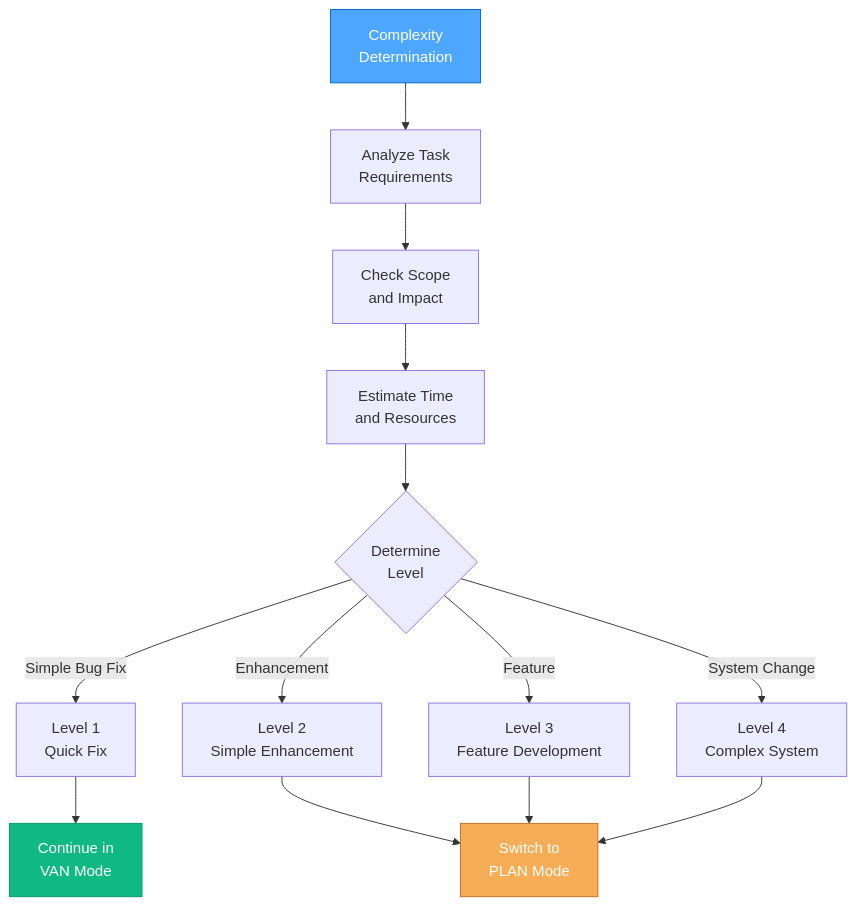
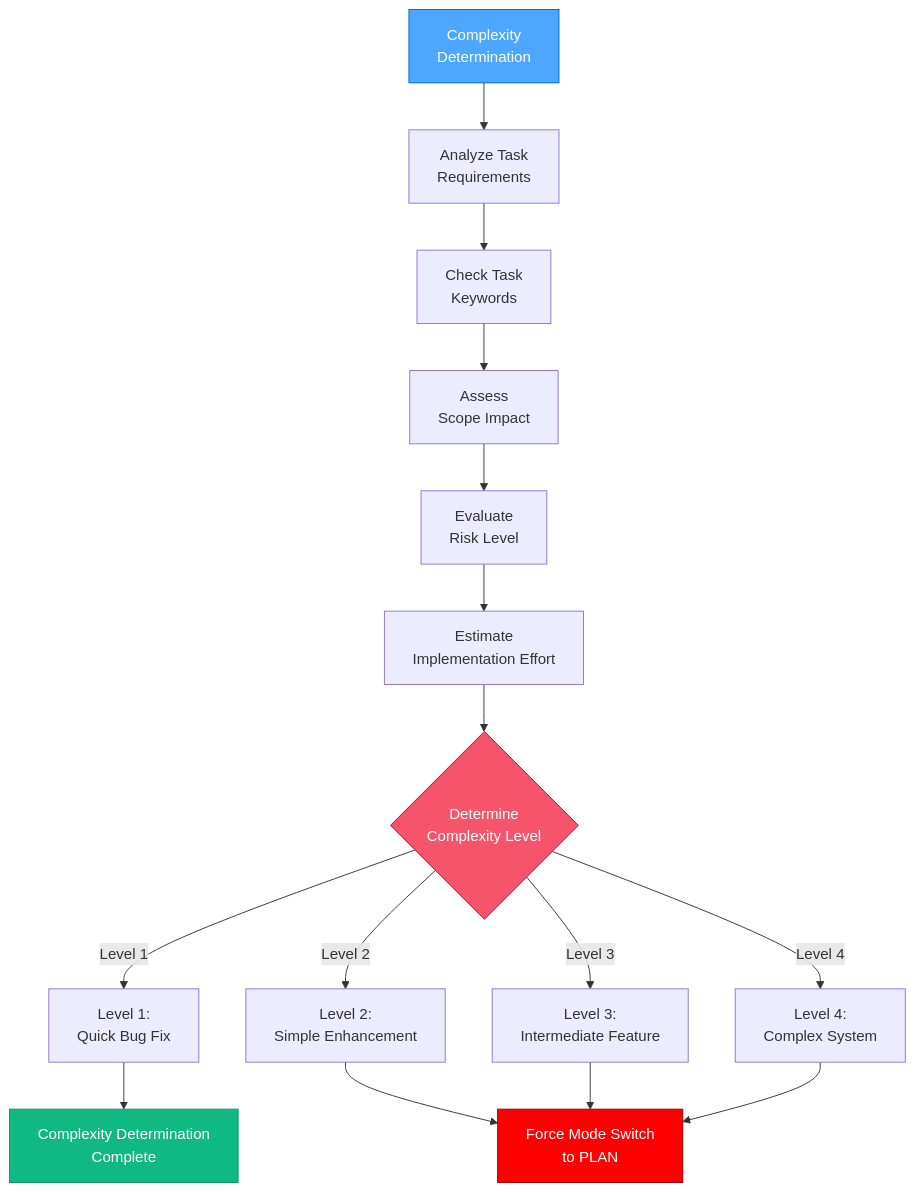
The fourth of 13 diagrams in .cursor/rules/isolation_rules/visual-maps/van_mode_split/van-mode-map.mdc (ms-moar/cursor-tools), drawn with Mermaid before and after one commit. The commit also changed other lines of this file and 36 other files, not shown here.

````diff
--- a/.cursor/rules/isolation_rules/visual-maps/van_mode_split/van-mode-map.mdc
+++ b/.cursor/rules/isolation_rules/visual-maps/van_mode_split/van-mode-map.mdc
@@ -113,19 +131,23 @@
 ```mermaid
 graph TD
-    CD["Complexity<br>Determination"] --> AnalyzeReq["Analyze Task<br>Requirements"]
-    AnalyzeReq --> CheckScope["Check Scope<br>and Impact"]
-    CheckScope --> EstimateTime["Estimate Time<br>and Resources"]
-    EstimateTime --> DetermineLevel{"Determine<br>Level"}
+    CD["Complexity<br>Determination"] --> AnalyzeTask["Analyze Task<br>Requirements"]
     
-    DetermineLevel -->|"Simple Bug Fix"| Level1["Level 1<br>Quick Fix"]
-    DetermineLevel -->|"Enhancement"| Level2["Level 2<br>Simple Enhancement"]
-    DetermineLevel -->|"Feature"| Level3["Level 3<br>Feature Development"]
-    DetermineLevel -->|"System Change"| Level4["Level 4<br>Complex System"]
+    AnalyzeTask --> CheckKeywords["Check Task<br>Keywords"]
+    CheckKeywords --> ScopeCheck["Assess<br>Scope Impact"]
+    ScopeCheck --> RiskCheck["Evaluate<br>Risk Level"]
+    RiskCheck --> EffortCheck["Estimate<br>Implementation Effort"]
     
-    Level1 --> ContinueVAN["Continue in<br>VAN Mode"]
-    Level2 & Level3 & Level4 --> SwitchPLAN["Switch to<br>PLAN Mode"]
+    EffortCheck --> DetermineLevel{"Determine<br>Complexity Level"}
+    DetermineLevel -->|"Level 1"| L1["Level 1:<br>Quick Bug Fix"]
+    DetermineLevel -->|"Level 2"| L2["Level 2:<br>Simple Enhancement"]
+    DetermineLevel -->|"Level 3"| L3["Level 3:<br>Intermediate Feature"]
+    DetermineLevel -->|"Level 4"| L4["Level 4:<br>Complex System"]
+    
+    L1 --> CDComplete["Complexity Determination<br>Complete"]
+    L2 & L3 & L4 --> ModeSwitch["Force Mode Switch<br>to PLAN"]
     
     style CD fill:#4da6ff,stroke:#0066cc,color:white
-    style ContinueVAN fill:#10b981,stroke:#059669,color:white
-    style SwitchPLAN fill:#f6ad55,stroke:#c27022,color:white
+    style CDComplete fill:#10b981,stroke:#059669,color:white
+    style ModeSwitch fill:#ff0000,stroke:#990000,color:white
+    style DetermineLevel fill:#f6546a,stroke:#c30052,color:white
 ```
````
